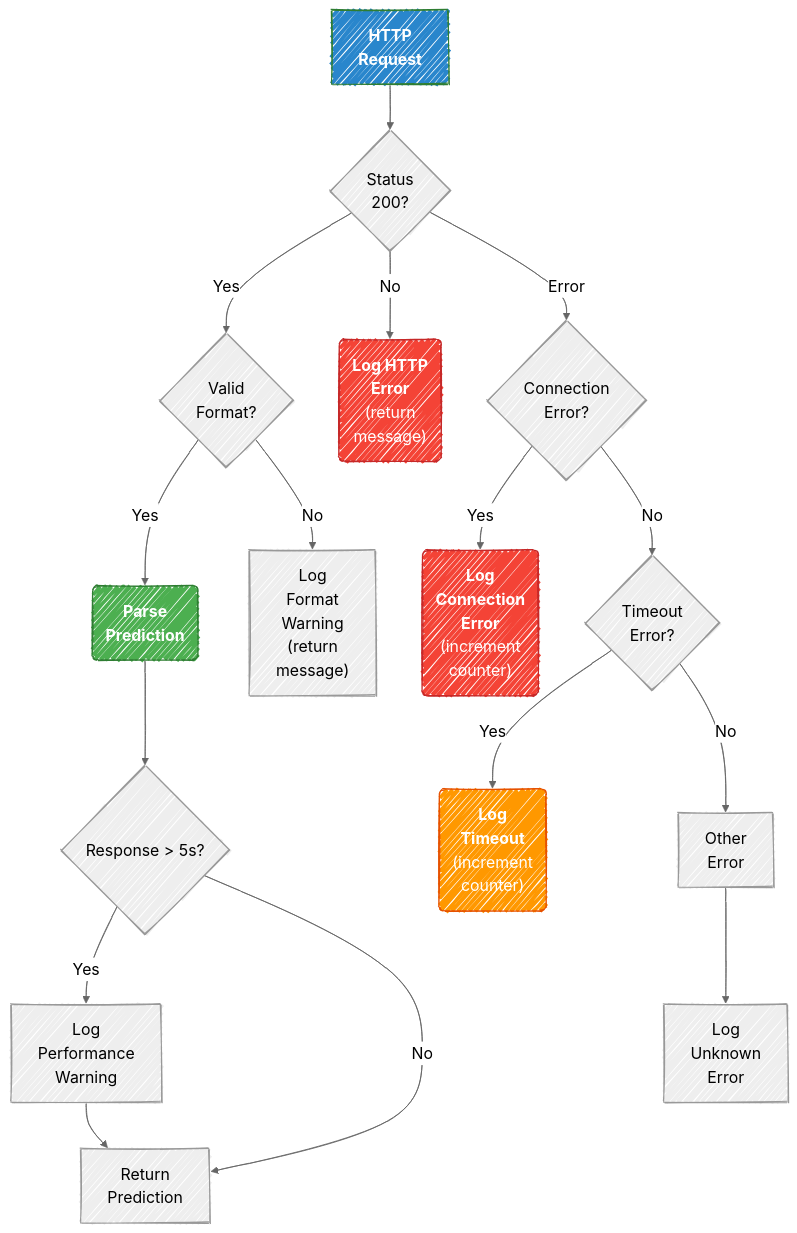
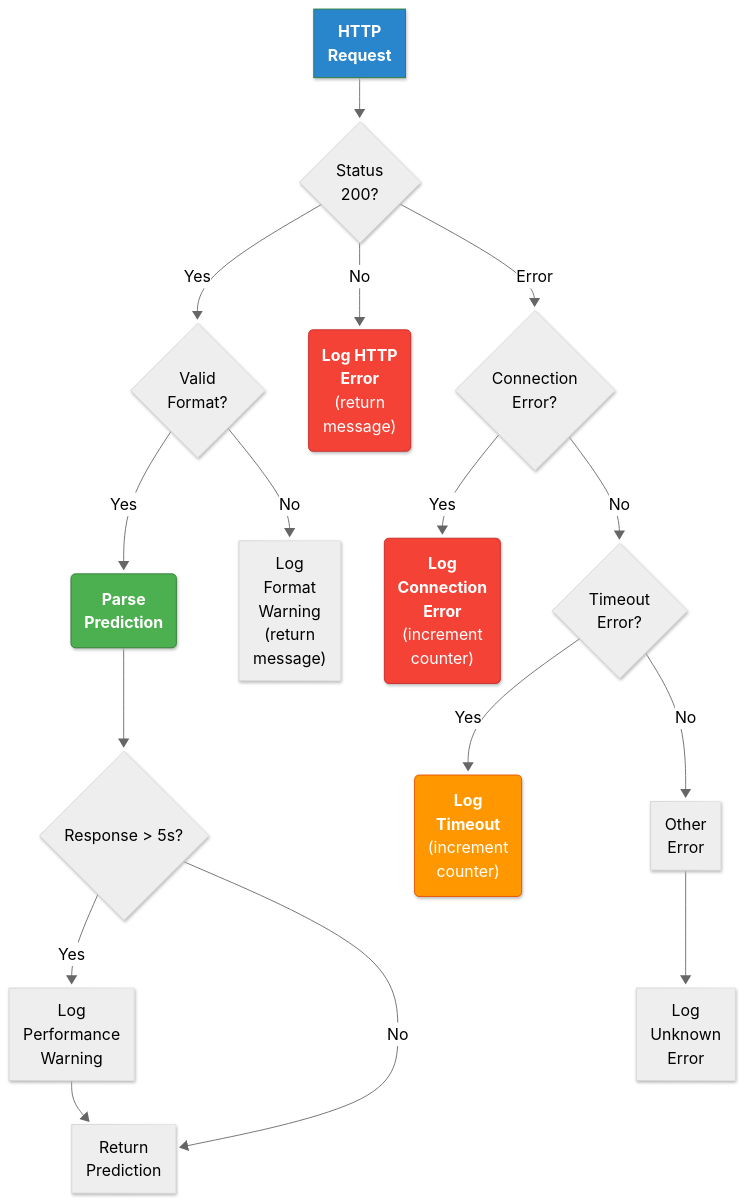
One commit to mjfrigaard/mjfrigaard.github.io changed the fifth of 5 diagrams in posts/py-api/index.qmd. Above: the diagram before and after it, drawn with Mermaid. The commit also changed other lines of this file and 125 other files, not shown here.

````diff
--- a/posts/py-api/index.qmd
+++ b/posts/py-api/index.qmd
@@ -1322,41 +1322,41 @@
 ```{mermaid}
 %%| fig-align: center
 %%| echo: false
 %%| fig-cap: 'Python APIs & Shiny Apps'
-%%{init: {'theme': 'neutral', 'look': 'handDrawn', 'themeVariables': { 'fontFamily': 'monospace', "fontSize":"18px"}}}%%
+%%{init: {'theme': 'neutral', 'look': 'neo', 'themeVariables': { 'fontFamily': 'monospace', "fontSize":"18px"}}}%%
 
 graph TD
     Request["<strong>HTTP<br>Request</strong"]
     Success{"Status<br>200?"}
     Format{"Valid<br>Format?"}
     Parse("<strong>Parse<br>Prediction</strong>")
     ConnErr{"Connection<br>Error?"}
     TimeErr{"Timeout<br>Error?"}
     OtherErr["Other<br>Error"]
     
     Request --> Success
     Success -->|Yes| Format
     Success -->|No| LogHTTPErr("<strong>Log HTTP<br>Error</strong><br>(return<br>message)")
     
     Format -->|Yes| Parse
     Format -->|No| LogFormatErr["Log<br>Format<br>Warning<br>(return<br>message)"]
     
     Parse --> CheckPerf{Response > 5s?}
     CheckPerf -->|Yes| LogSlow["Log<br>Performance<br>Warning"]
     CheckPerf -->|No| Return["Return<br>Prediction"]
     LogSlow --> Return
     
     Success -->|Error| ConnErr
     ConnErr -->|Yes| LogConn("<strong>Log<br>Connection<br>Error</strong><br>(increment<br>counter)")
     ConnErr -->|No| TimeErr
     TimeErr -->|Yes| LogTimeout("<strong>Log<br>Timeout</strong><br>(increment<br>counter)")
     TimeErr -->|No| OtherErr
     OtherErr --> LogOther["Log<br>Unknown<br>Error"]
     
     style Request fill:#2986cc,stroke:#2E7D32,color:#fff
     style Parse fill:#4CAF50,stroke:#2E7D32,color:#fff
     style LogHTTPErr fill:#f44336,stroke:#c62828,color:#fff
     style LogConn fill:#f44336,stroke:#c62828,color:#fff
     style LogTimeout fill:#FF9800,stroke:#E65100,color:#fff
     
 ```
````
